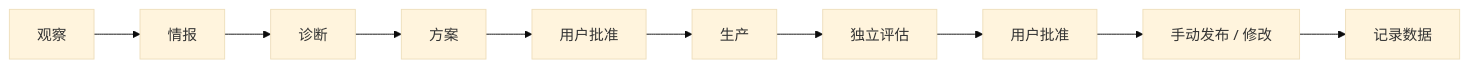
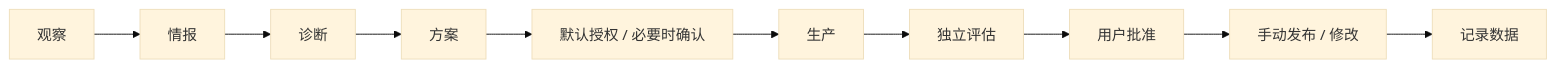
Before and after one commit to gcordon/obsidian_widget: the second of 2 diagrams in 当前角色与流程.md, drawn with Mermaid (base theme). The commit also changed other lines of this file and 11 other files, not shown here.

First line of the commit message:
docs(workflow): 归档 EGG BOY 案例并更新生图授权

````diff
--- a/当前角色与流程.md
+++ b/当前角色与流程.md
@@ -40,6 +40,6 @@
 ```mermaid
 flowchart LR
     A["观察"] --> B["情报"] --> C["诊断"] --> D["方案"]
-    D --> E["用户批准"] --> F["生产"] --> G["独立评估"]
+    D --> E["默认授权 / 必要时确认"] --> F["生产"] --> G["独立评估"]
     G --> H["用户批准"] --> I["手动发布 / 修改"] --> J["记录数据"]
 ```
````
